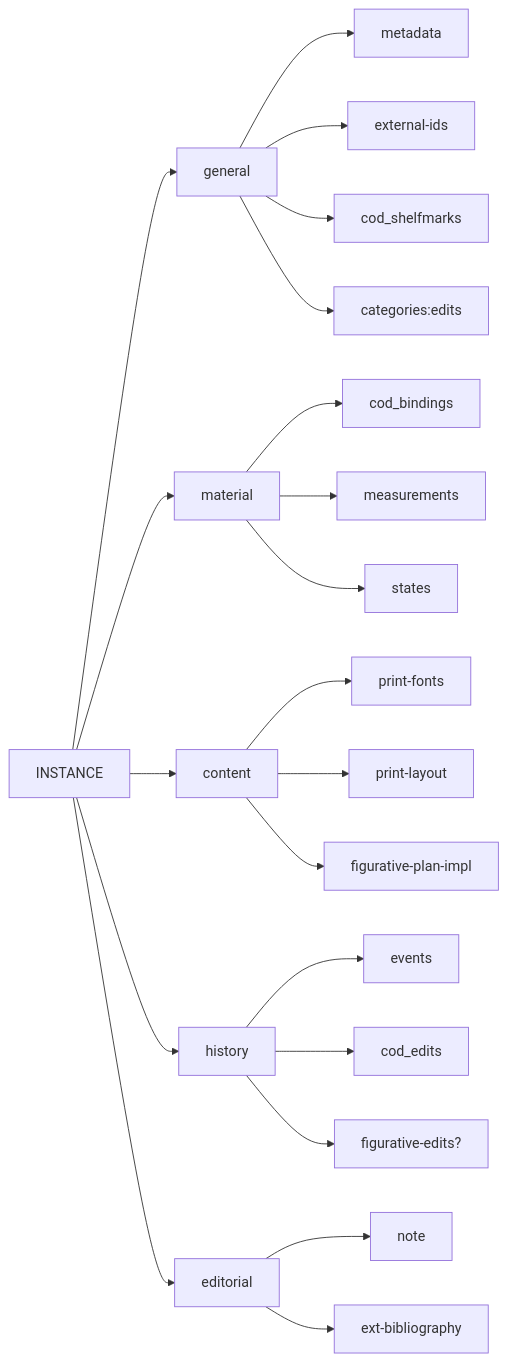
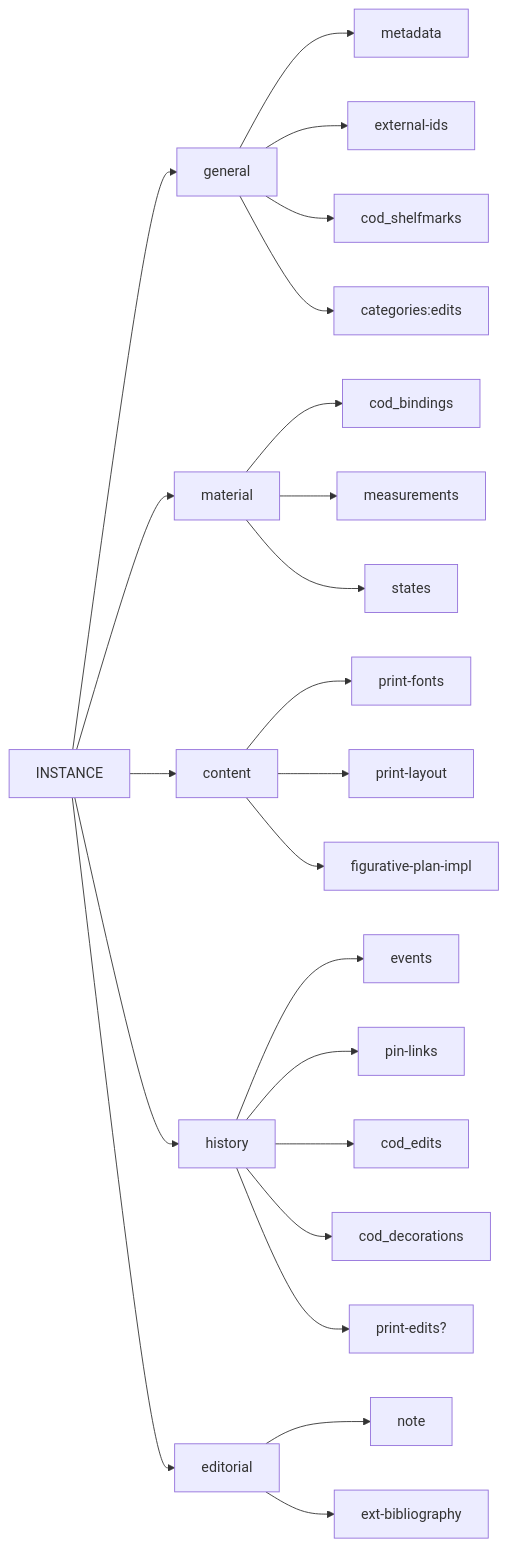
One commit to vedph/cadmus-ndp-books changed the second of 2 diagrams in README.md. Above: the diagram before and after it, drawn with Mermaid. The commit also changed other lines of this file, not shown here.

````diff
--- a/README.md
+++ b/README.md
@@ -39,24 +40,26 @@
 ```mermaid
 graph LR;
 
 INSTANCE --> general
 general --> metadata
 general --> external-ids
 general --> cod_shelfmarks
 INSTANCE --> material
 material --> cod_bindings
 material --> measurements
 material --> states
 general --> categories:edits
 INSTANCE --> content
 content --> print-fonts
 content --> print-layout
 content --> figurative-plan-impl
 INSTANCE --> history
 history --> events
+history --> pin-links
 history --> cod_edits
-history --> figurative-edits?
+history --> cod_decorations
+history --> print-edits?
 INSTANCE --> editorial
 editorial --> note
 editorial --> ext-bibliography
 ```
````
